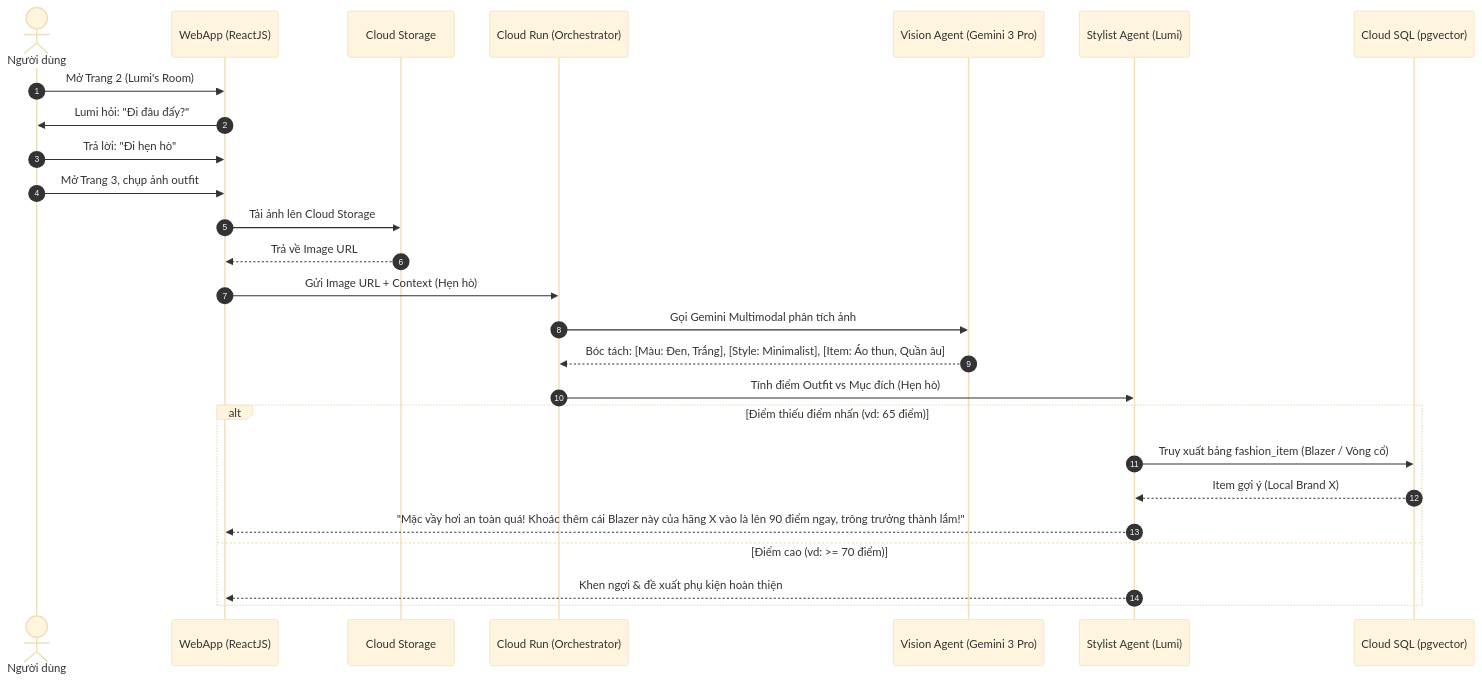
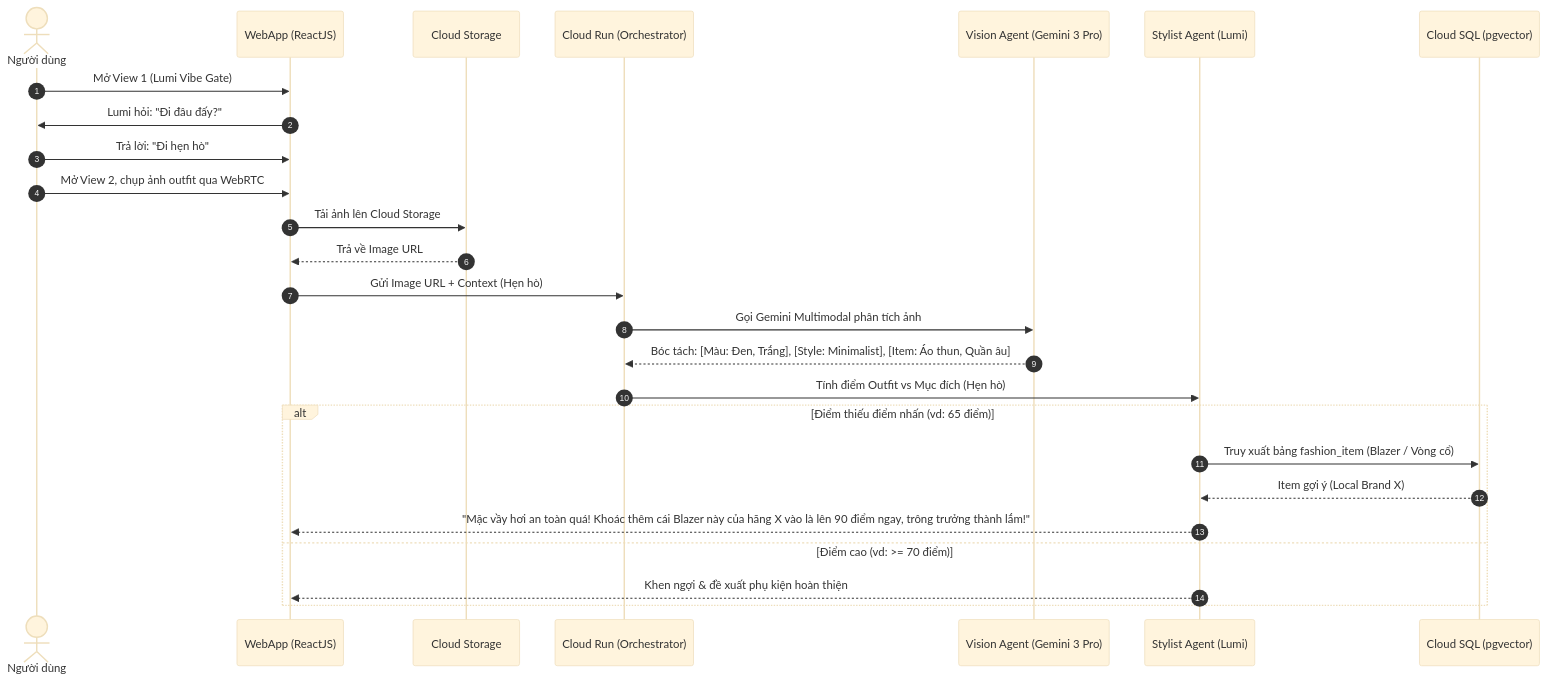
Before and after one commit to BennedictQuanTon/AuraLens: the third of 5 diagrams in CONTEXT.md, drawn with Mermaid (base theme). The commit also changed other lines of this file and 1 other file, not shown here.

````diff
--- a/CONTEXT.md
+++ b/CONTEXT.md
@@ -124,29 +166,29 @@
 ```mermaid
 sequenceDiagram
     autonumber
     actor User as Người dùng
     participant App as WebApp (ReactJS)
     participant CS as Cloud Storage
     participant Orch as Cloud Run (Orchestrator)
     participant Vision as Vision Agent (Gemini 3 Pro)
     participant Stylist as Stylist Agent (Lumi)
     participant DB as Cloud SQL (pgvector)
 
-    User->>App: Mở Trang 2 (Lumi's Room)
+    User->>App: Mở View 1 (Lumi Vibe Gate)
     App->>User: Lumi hỏi: "Đi đâu đấy?"
     User->>App: Trả lời: "Đi hẹn hò"
-    User->>App: Mở Trang 3, chụp ảnh outfit
+    User->>App: Mở View 2, chụp ảnh outfit qua WebRTC
     App->>CS: Tải ảnh lên Cloud Storage
     CS-->>App: Trả về Image URL
     App->>Orch: Gửi Image URL + Context (Hẹn hò)
     Orch->>Vision: Gọi Gemini Multimodal phân tích ảnh
     Vision-->>Orch: Bóc tách: [Màu: Đen, Trắng], [Style: Minimalist], [Item: Áo thun, Quần âu]
     Orch->>Stylist: Tính điểm Outfit vs Mục đích (Hẹn hò)
     alt Điểm thiếu điểm nhấn (vd: 65 điểm)
         Stylist->>DB: Truy xuất bảng fashion_item (Blazer / Vòng cổ)
         DB-->>Stylist: Item gợi ý (Local Brand X)
         Stylist-->>App: "Mặc vầy hơi an toàn quá! Khoác thêm cái Blazer này của hãng X vào là lên 90 điểm ngay, trông trưởng thành lắm!"
     else Điểm cao (vd: >= 70 điểm)
         Stylist-->>App: Khen ngợi & đề xuất phụ kiện hoàn thiện
     end
 ```
````
